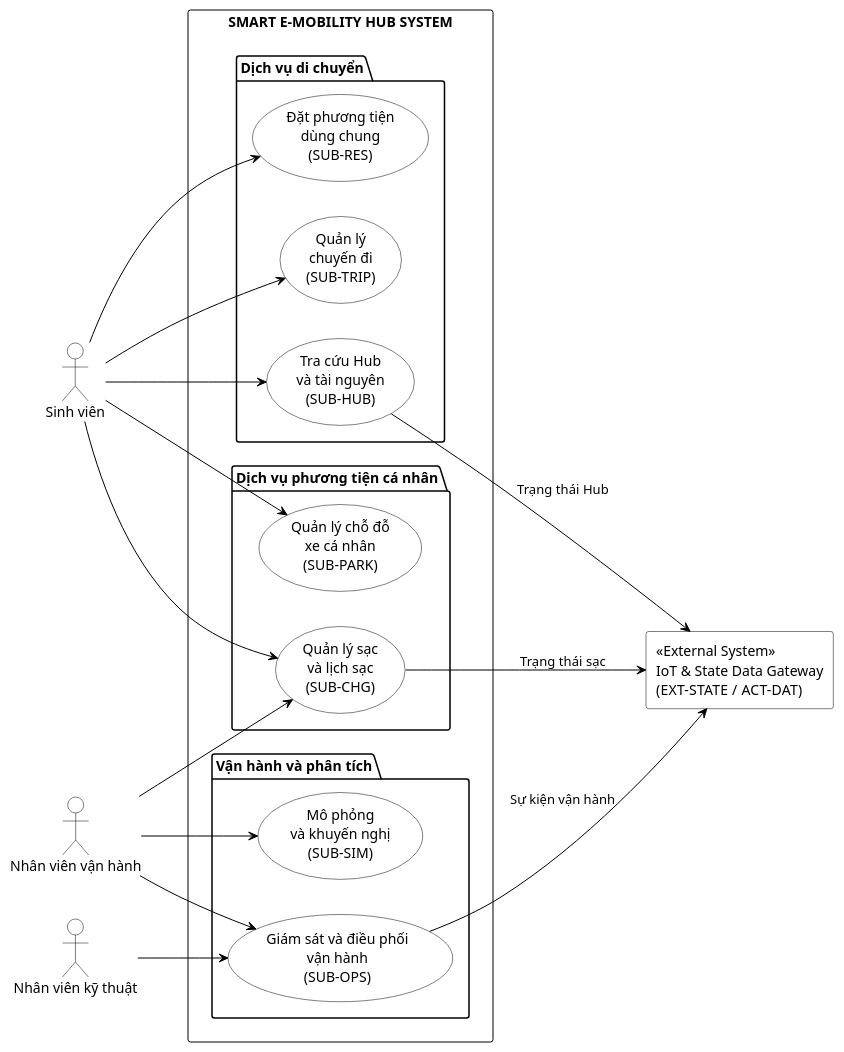
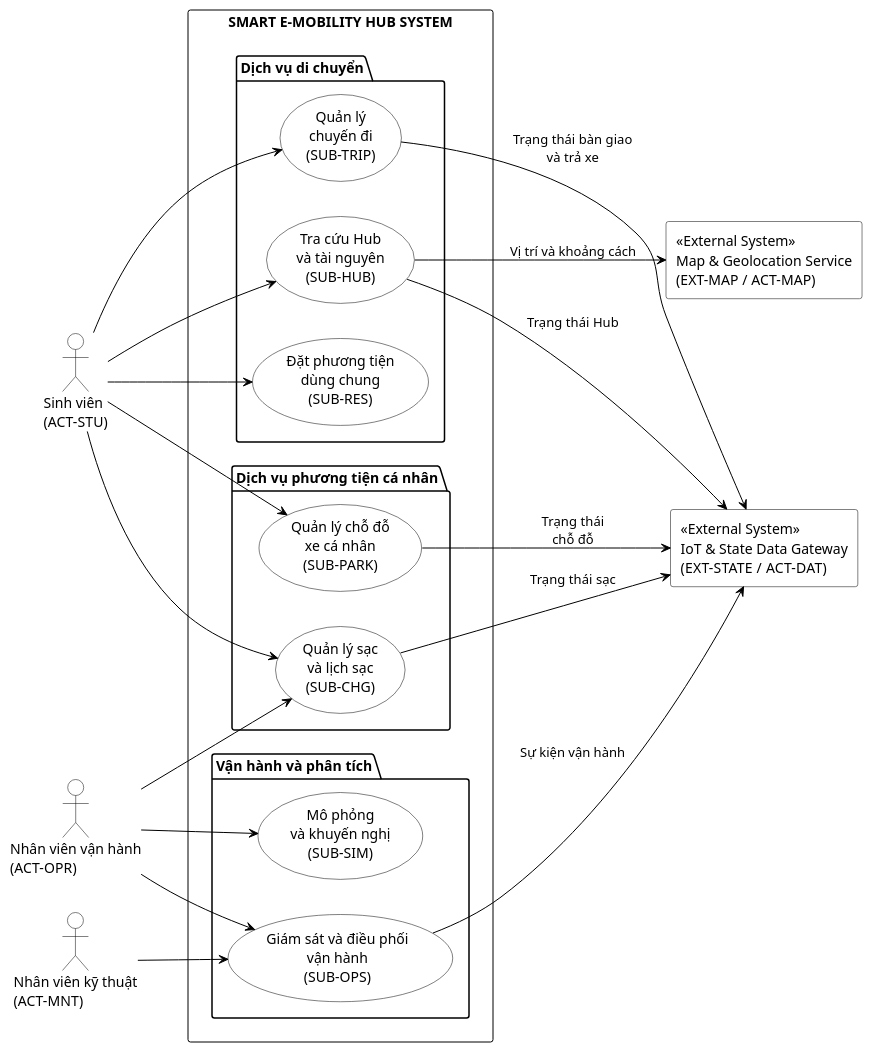
One commit to tranbaoanh21/software-engineering-assignment changed the diagram in docs/phase-1/diagrams/plantuml/system-use-case.puml. Above: the diagram before and after it, drawn with PlantUML. The commit also changed 131 other files, not shown here.

Commit message:
docs: update phase reports and diagrams

```diff
--- a/docs/phase-1/diagrams/plantuml/system-use-case.puml
+++ b/docs/phase-1/diagrams/plantuml/system-use-case.puml
@@ -1,99 +1,103 @@
 @startuml
 left to right direction
 skinparam backgroundColor white
 skinparam shadowing false
 
 ' Thiết lập viền đen, nền trắng
 skinparam usecase {
     BackgroundColor white
     BorderColor black
     ArrowColor black
 }
 
 skinparam actor {
     BackgroundColor white
     BorderColor black
 }
 
 skinparam rectangle {
     BackgroundColor white
     BorderColor black
 }
 
 skinparam package {
     BackgroundColor white
     BorderColor black
 }
 
 ' =========================================================
 ' ACTOR
 ' =========================================================
 
-actor "Sinh viên" as Student
-actor "Nhân viên vận hành" as Operator
-actor "Nhân viên kỹ thuật" as Technician
+actor "Sinh viên\n(ACT-STU)" as Student
+actor "Nhân viên vận hành\n(ACT-OPR)" as Operator
+actor "Nhân viên kỹ thuật\n(ACT-MNT)" as Technician
 
 ' =========================================================
 ' HỆ THỐNG BÊN NGOÀI
 ' =========================================================
 
 rectangle "<<External System>>\nIoT & State Data Gateway\n(EXT-STATE / ACT-DAT)" as StateSource
+rectangle "<<External System>>\nMap & Geolocation Service\n(EXT-MAP / ACT-MAP)" as MapSource
 
 ' =========================================================
 ' SMART E-MOBILITY HUB SYSTEM
 ' =========================================================
 
 rectangle "SMART E-MOBILITY HUB SYSTEM" {
 
     package "Dịch vụ di chuyển" {
 
         usecase "Tra cứu Hub\nvà tài nguyên\n(SUB-HUB)" as UC_Hub
 
         usecase "Đặt phương tiện\ndùng chung\n(SUB-RES)" as UC_Reservation
 
         usecase "Quản lý\nchuyến đi\n(SUB-TRIP)" as UC_Trip
     }
 
     package "Dịch vụ phương tiện cá nhân" {
 
         usecase "Quản lý chỗ đỗ\nxe cá nhân\n(SUB-PARK)" as UC_Parking
 
         usecase "Quản lý sạc\nvà lịch sạc\n(SUB-CHG)" as UC_Charging
     }
 
     package "Vận hành và phân tích" {
 
         usecase "Giám sát và điều phối\nvận hành\n(SUB-OPS)" as UC_Operation
 
         usecase "Mô phỏng\nvà khuyến nghị\n(SUB-SIM)" as UC_Simulation
     }
 }
 
 ' =========================================================
 ' LIÊN KẾT ACTOR
 ' =========================================================
 
 ' Sinh viên
 Student --> UC_Hub
 Student --> UC_Reservation
 Student --> UC_Trip
 Student --> UC_Parking
 Student --> UC_Charging
 
 ' Nhân viên vận hành
 Operator --> UC_Charging
 Operator --> UC_Operation
 Operator --> UC_Simulation
 
 ' Nhân viên kỹ thuật
 Technician --> UC_Operation
 
 ' =========================================================
 ' LIÊN KẾT VỚI HỆ THỐNG BÊN NGOÀI
 ' =========================================================
 
 UC_Hub --> StateSource : "Trạng thái Hub"
+UC_Hub --> MapSource : "Vị trí và khoảng cách"
+UC_Trip --> StateSource : "Trạng thái bàn giao\nvà trả xe"
+UC_Parking --> StateSource : "Trạng thái\nchỗ đỗ"
 UC_Charging --> StateSource : "Trạng thái sạc"
 UC_Operation --> StateSource : "Sự kiện vận hành"
 
 @enduml
```
